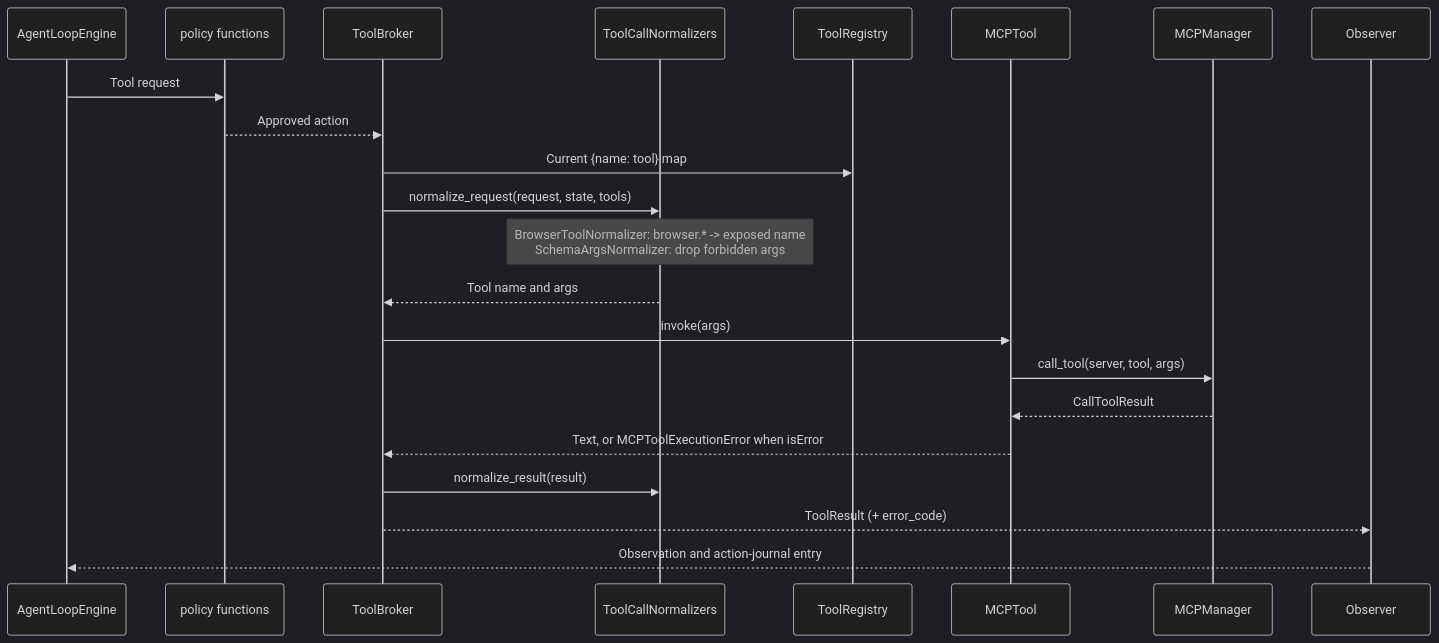
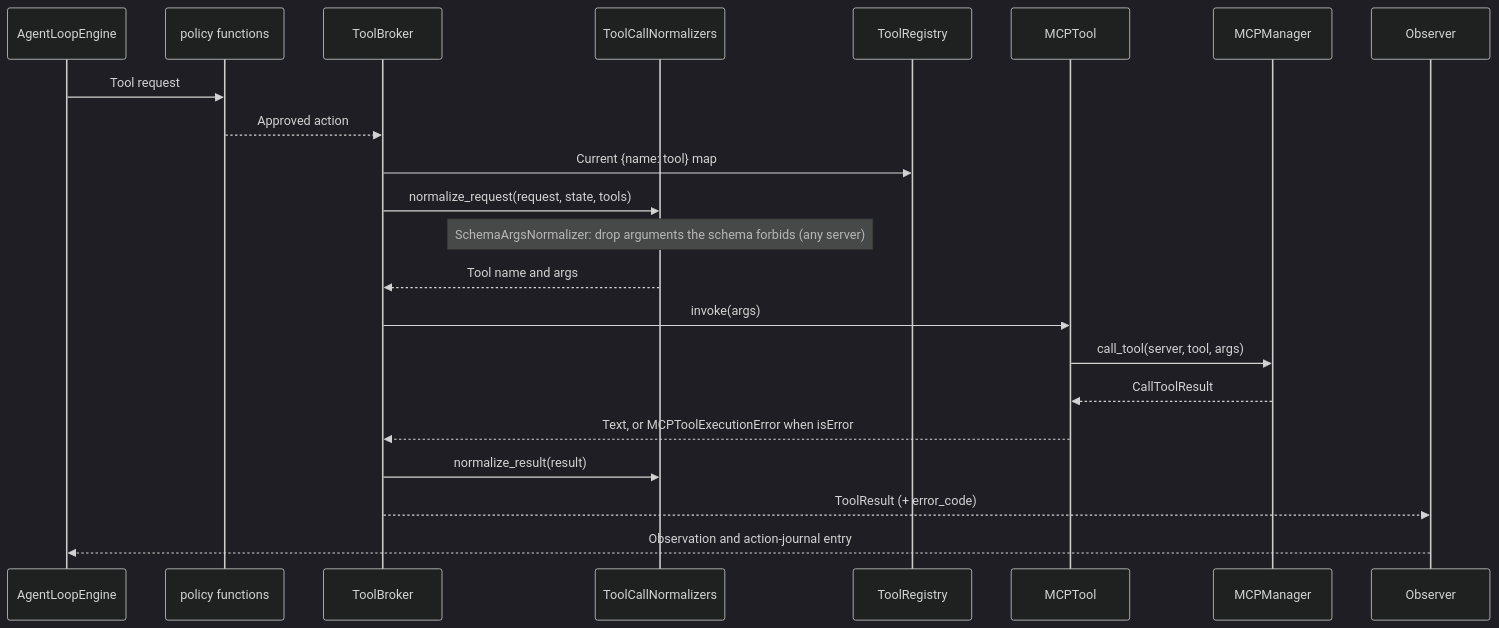
One commit to Hastur456/AutoBrowser changed the diagram in docs/diagrams/browser-provider-boundary.md. Above: the diagram before and after it, drawn with Mermaid (dark theme). The commit also changed 13 other files, not shown here.

````diff
--- a/docs/diagrams/browser-provider-boundary.md
+++ b/docs/diagrams/browser-provider-boundary.md
@@ -8,25 +8,25 @@
 ```mermaid
 sequenceDiagram
   participant Agent as AgentLoopEngine
   participant Policy as policy functions
   participant Broker as ToolBroker
   participant Norm as ToolCallNormalizers
   participant Registry as ToolRegistry
   participant Tool as MCPTool
   participant Manager as MCPManager
   participant Observer
 
   Agent->>Policy: Tool request
   Policy-->>Broker: Approved action
   Broker->>Registry: Current {name: tool} map
   Broker->>Norm: normalize_request(request, state, tools)
-  Note over Norm: BrowserToolNormalizer: browser.* -> exposed name<br/>SchemaArgsNormalizer: drop forbidden args
+  Note over Norm: SchemaArgsNormalizer: drop arguments the schema forbids (any server)
   Norm-->>Broker: Tool name and args
   Broker->>Tool: invoke(args)
   Tool->>Manager: call_tool(server, tool, args)
   Manager-->>Tool: CallToolResult
   Tool-->>Broker: Text, or MCPToolExecutionError when isError
   Broker->>Norm: normalize_result(result)
   Broker-->>Observer: ToolResult (+ error_code)
   Observer-->>Agent: Observation and action-journal entry
 ```
````
